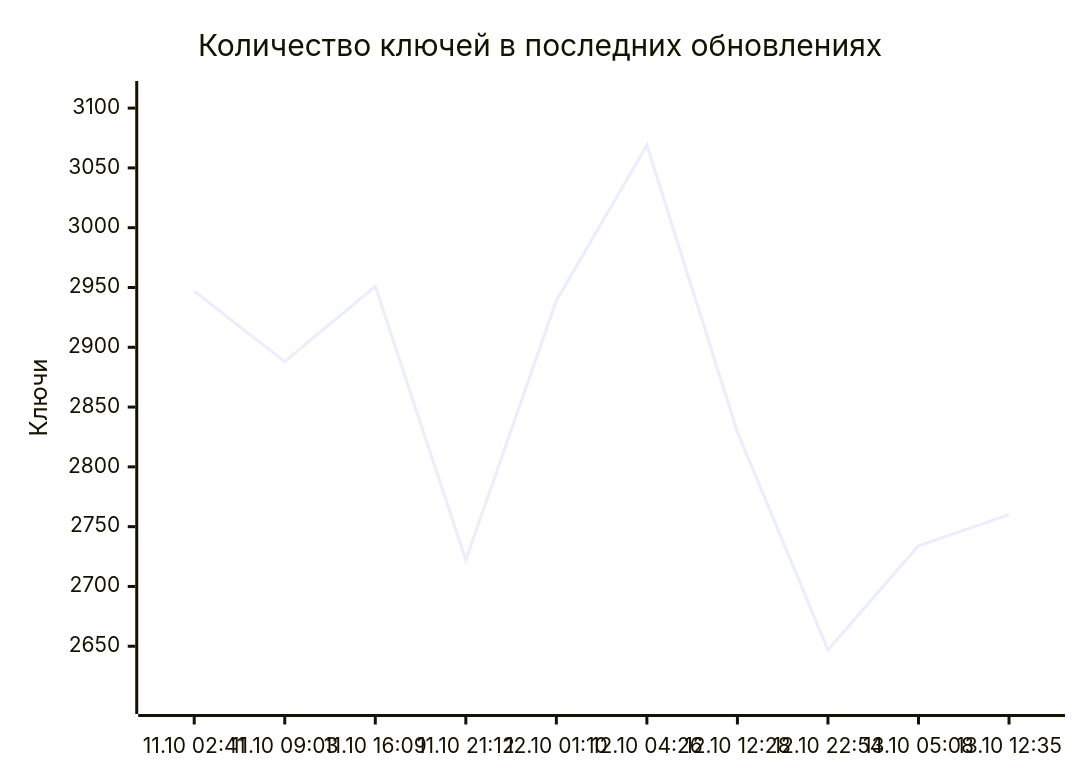
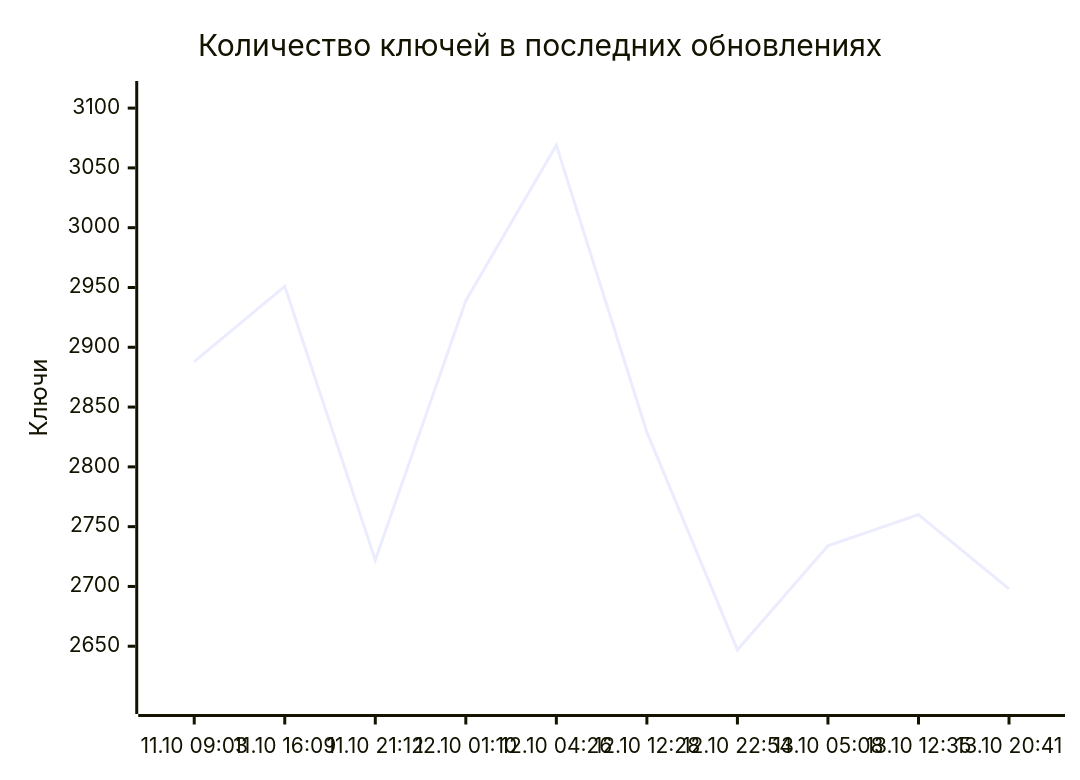
The diagram in README.md (markKikhtenko/WireVeil), drawn with Mermaid before and after one commit. The commit also changed other lines of this file and 12 other files, not shown here.

````diff
--- a/README.md
+++ b/README.md
@@ -55,7 +55,7 @@
 ```mermaid
 xychart-beta
     title "Количество ключей в последних обновлениях"
-    x-axis ["11.10 02:41", "11.10 09:03", "11.10 16:09", "11.10 21:12", "12.10 01:10", "12.10 04:26", "12.10 12:28", "12.10 22:54", "13.10 05:08", "13.10 12:35"]
+    x-axis ["11.10 09:03", "11.10 16:09", "11.10 21:12", "12.10 01:10", "12.10 04:26", "12.10 12:28", "12.10 22:54", "13.10 05:08", "13.10 12:35", "13.10 20:41"]
     y-axis "Ключи" 2604 --> 3112
-    line [2947, 2888, 2951, 2722, 2939, 3069, 2829, 2647, 2734, 2760]
+    line [2888, 2951, 2722, 2939, 3069, 2829, 2647, 2734, 2760, 2698]
 ```
````
